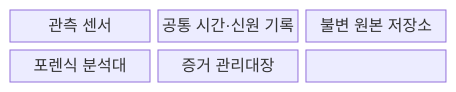
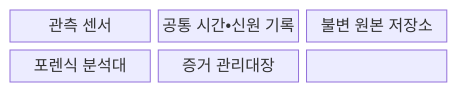
One commit to agnusdei1207/knowledge-base changed the first of 2 diagrams in src/content/docs/notes/04-network/097_network_forensics.md. Above: the diagram before and after it, drawn with Mermaid. The commit also changed other lines of this file and 953 other files, not shown here.

````diff
--- a/src/content/docs/notes/04-network/097_network_forensics.md
+++ b/src/content/docs/notes/04-network/097_network_forensics.md
@@ -67,10 +67,10 @@
 ```mermaid
 block-beta
     columns 3
     A["관측 센서"]
-    B["공통 시간·신원 기록"]
+    B["공통 시간•신원 기록"]
     C["불변 원본 저장소"]
     D["포렌식 분석대"]
     E["증거 관리대장"]
     A --> B --> C --> D --> E
 ```
````
